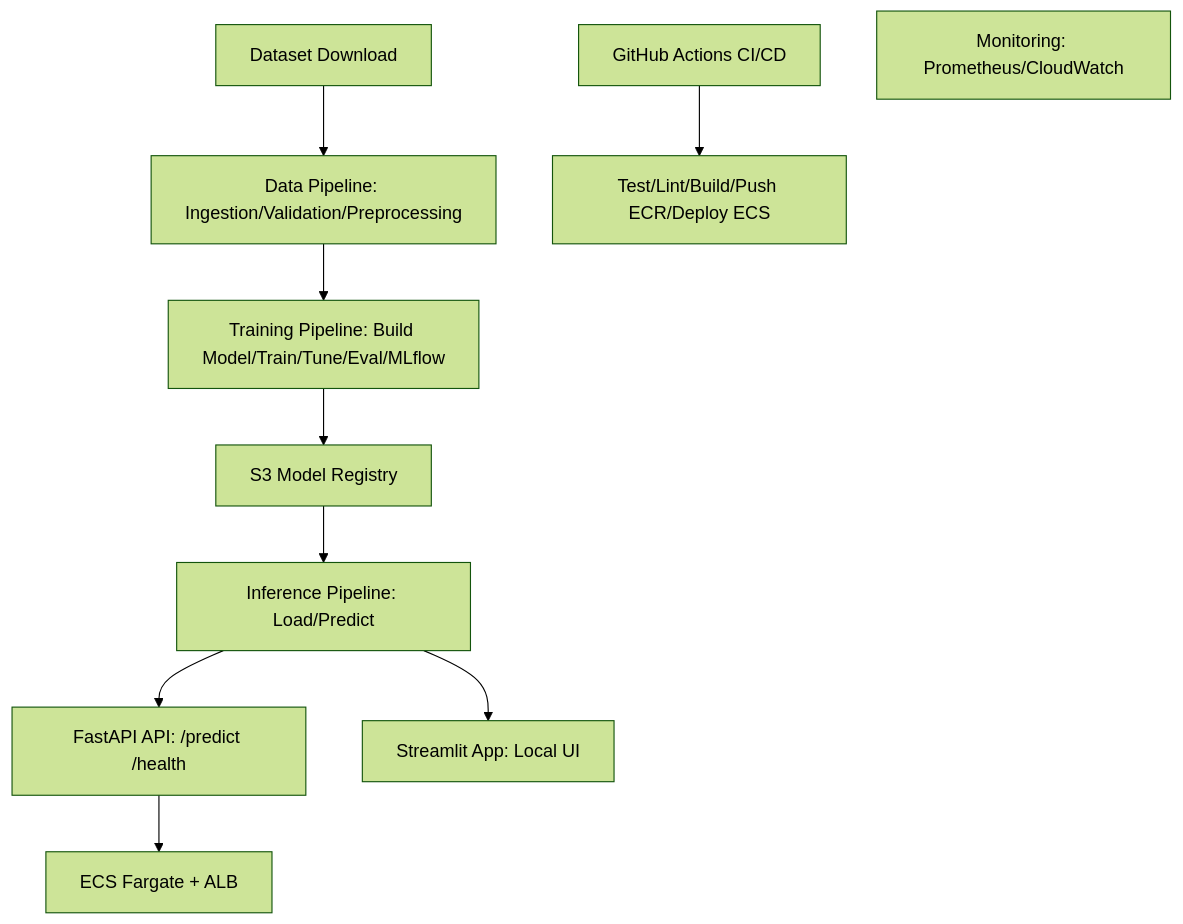
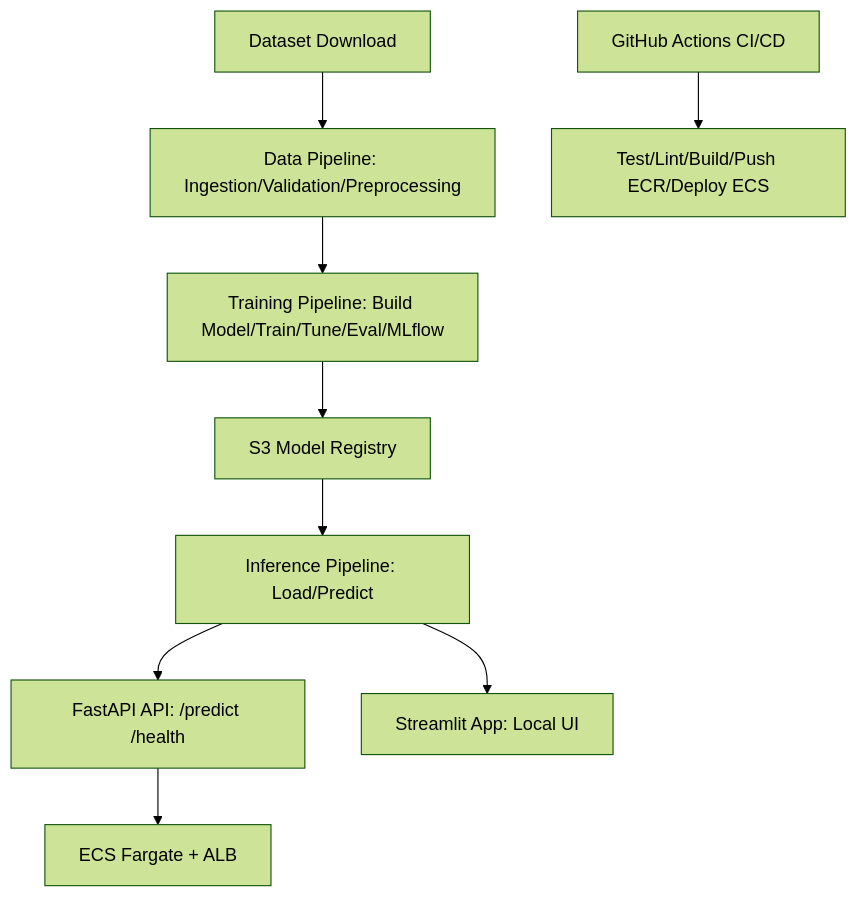
The diagram in docs/architecture_diagram.mmd (ayushsyntax/DL-Clf-ENDtoEND), drawn with Mermaid (forest theme) before and after one commit. The commit also changed 36 other files, not shown here.

```diff
--- a/docs/architecture_diagram.mmd
+++ b/docs/architecture_diagram.mmd
@@ -1,10 +1,9 @@
 graph TD
     A[Dataset Download] --> B[Data Pipeline: Ingestion/Validation/Preprocessing]
     B --> C[Training Pipeline: Build Model/Train/Tune/Eval/MLflow]
     C --> D[S3 Model Registry]
     D --> E[Inference Pipeline: Load/Predict]
     E --> F[FastAPI API: /predict /health]
     E --> G[Streamlit App: Local UI]
     H[GitHub Actions CI/CD] --> I[Test/Lint/Build/Push ECR/Deploy ECS]
     F --> J[ECS Fargate + ALB]
-    K[Monitoring: Prometheus/CloudWatch]
```
